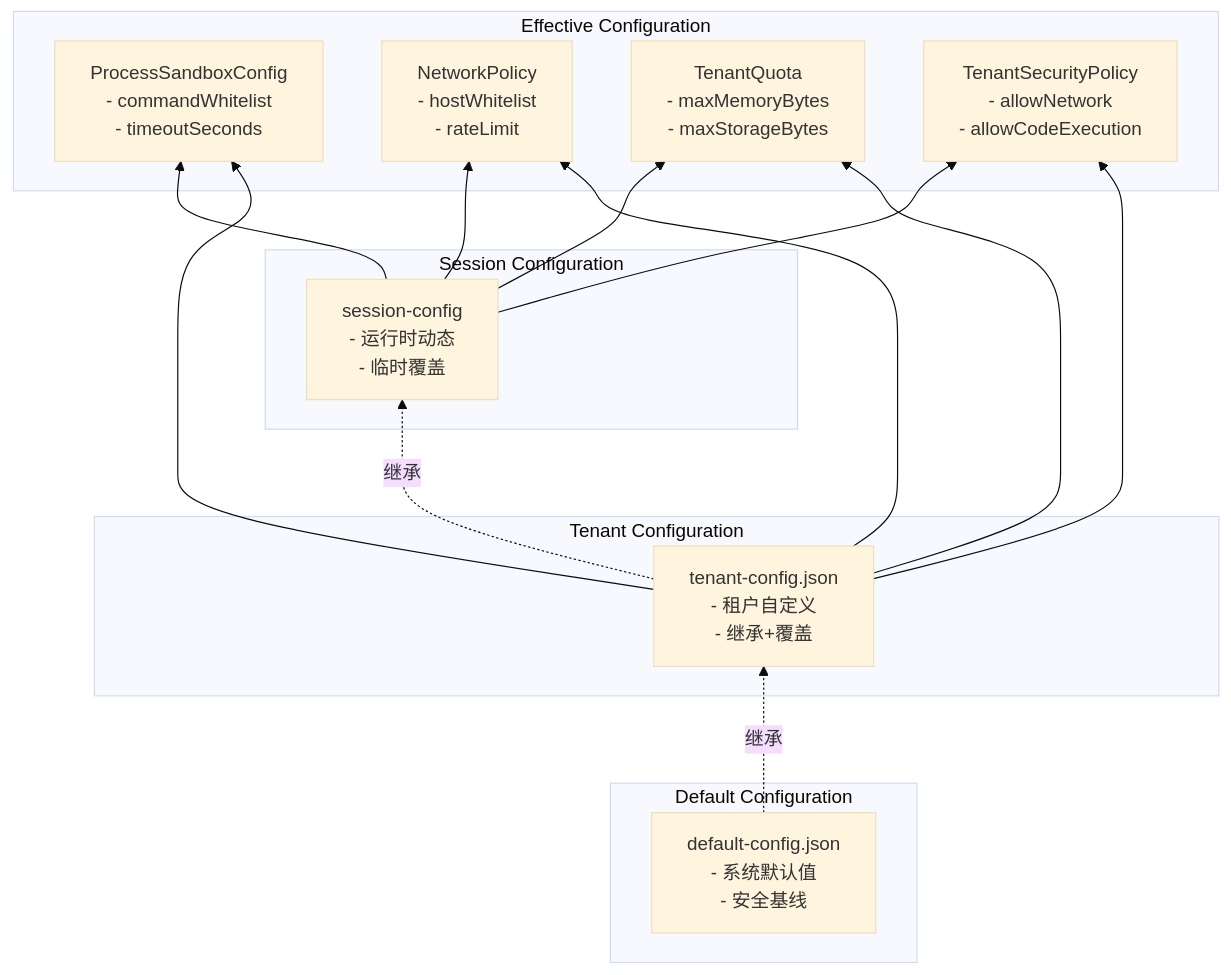
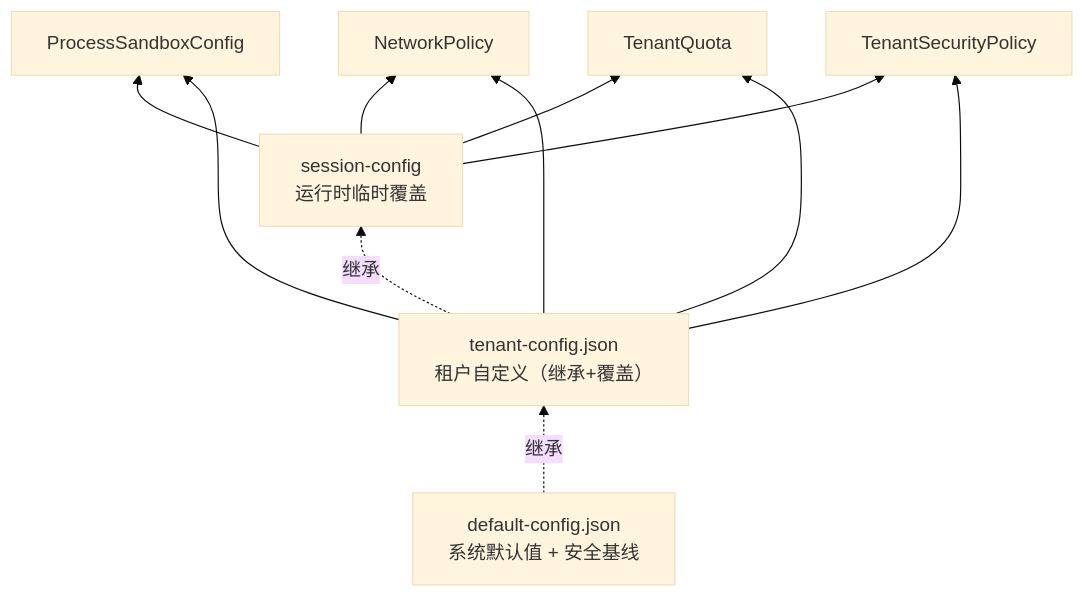
The sixth of 11 diagrams in docs/ARCHITECTURE.md (liudaac/hermes-agent-java), drawn with Mermaid (base theme) before and after one commit. The commit also changed other lines of this file and 31 other files, not shown here.

````diff
--- a/docs/ARCHITECTURE.md
+++ b/docs/ARCHITECTURE.md
@@ -653,51 +262,15 @@
 ```mermaid
 graph BT
-    subgraph "Default Configuration"
-        Default[default-config.json
-        - 系统默认值
-        - 安全基线]
-    end
-
-    subgraph "Tenant Configuration"
-        Tenant[tenant-config.json
-        - 租户自定义
-        - 继承+覆盖]
-    end
-
-    subgraph "Session Configuration"
-        Session[session-config
-        - 运行时动态
-        - 临时覆盖]
-    end
-
-    subgraph "Effective Configuration"
-        Process[ProcessSandboxConfig
-        - commandWhitelist
-        - timeoutSeconds]
-        
-        Network[NetworkPolicy
-        - hostWhitelist
-        - rateLimit]
-        
-        Quota[TenantQuota
-        - maxMemoryBytes
-        - maxStorageBytes]
-        
-        Security[TenantSecurityPolicy
-        - allowNetwork
-        - allowCodeExecution]
-    end
-
+    Default[default-config.json<br/>系统默认值 + 安全基线]
+    Tenant[tenant-config.json<br/>租户自定义（继承+覆盖）]
+    Session[session-config<br/>运行时临时覆盖]
+    
     Default -.->|继承| Tenant
     Tenant -.->|继承| Session
     
-    Session --> Process
-    Session --> Network
-    Session --> Quota
-    Session --> Security
-    
-    Tenant --> Process
-    Tenant --> Network
-    Tenant --> Quota
-    Tenant --> Security
+    Session --> ProcessConfig[ProcessSandboxConfig]
+    Session --> NetworkConfig[NetworkPolicy]
+    Session --> QuotaConfig[TenantQuota]
+    Session --> SecurityConfig[TenantSecurityPolicy]
+    Tenant --> ProcessConfig & NetworkConfig & QuotaConfig & SecurityConfig
 ```
````
